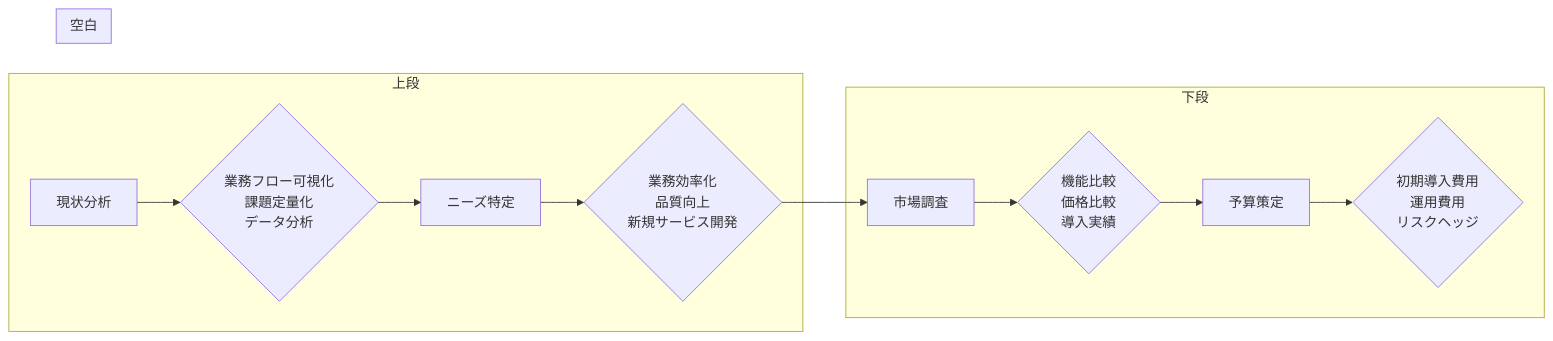
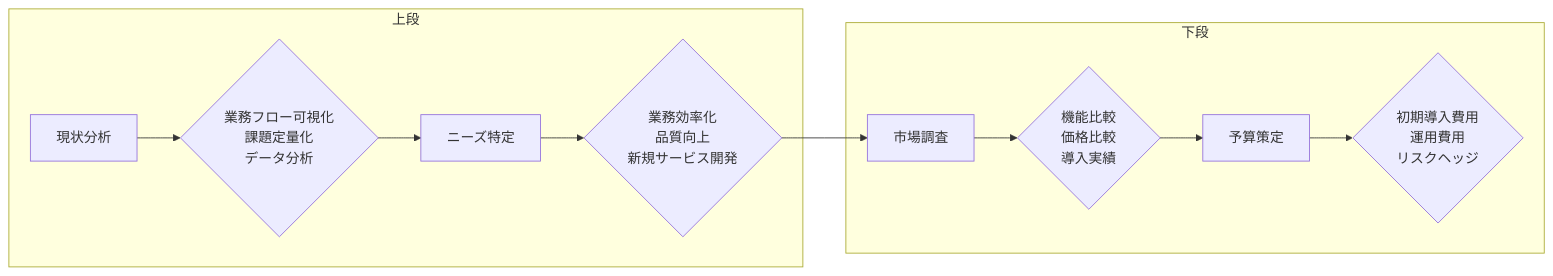
Before and after one commit to SparklingDetergent/doc_genai_How_to_evaluate_the_cost-effectiveness_of_using_generative_AI_for_business_purposes: the sixth of 16 diagrams in README.md, drawn with Mermaid.

````diff
--- a/README.md
+++ b/README.md
@@ -214,18 +214,15 @@
 ```mermaid
 graph LR
     subgraph 上段
         A[現状分析] --> B{業務フロー可視化<br/>課題定量化<br/>データ分析}
         B --> C[ニーズ特定]
         C --> D{業務効率化<br/>品質向上<br/>新規サービス開発}
     end
 
     subgraph 下段
         D --> E[市場調査]
         E --> F{機能比較<br/>価格比較<br/>導入実績}
         F --> G[予算策定]
         G --> H{初期導入費用<br/>運用費用<br/>リスクヘッジ}
     end
-
-    subgraph 空白
-    end
 ```
````
